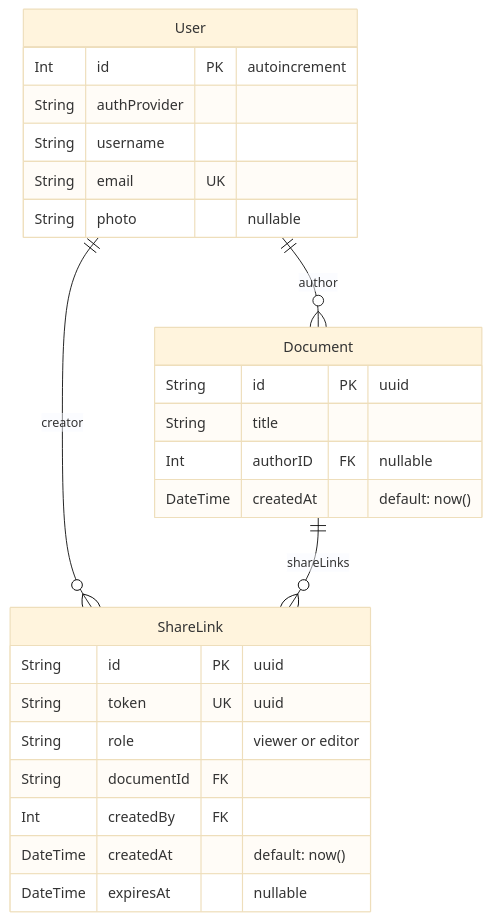
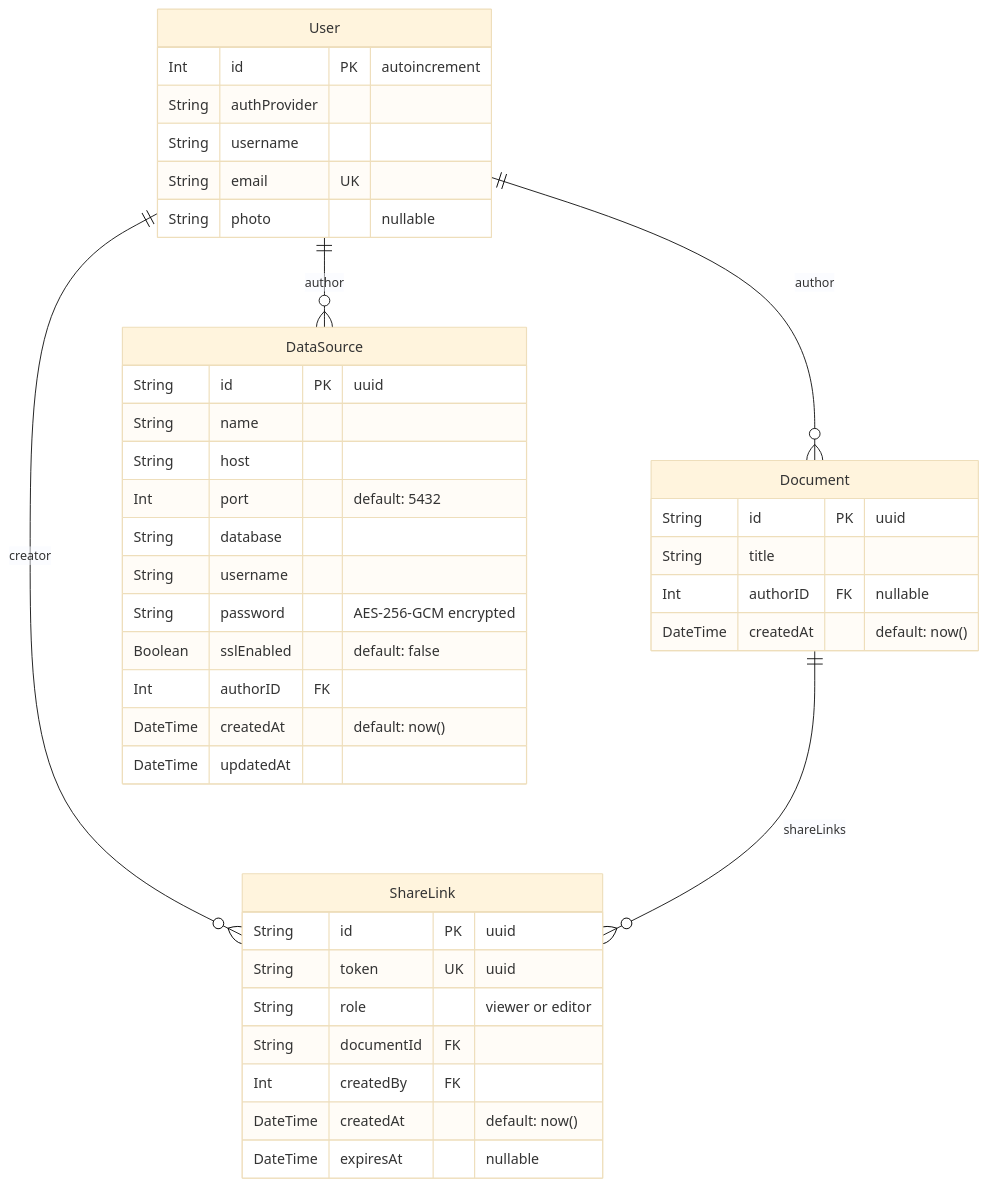
The second of 2 diagrams in design/backend.md (wafflebase/wafflebase), drawn with Mermaid (base theme) before and after one commit. The commit also changed other lines of this file and 32 other files, not shown here.

````diff
--- a/design/backend.md
+++ b/design/backend.md
@@ -186,28 +224,42 @@
 ```mermaid
 erDiagram
     User {
         Int id PK "autoincrement"
         String authProvider
         String username
         String email UK
         String photo "nullable"
     }
     Document {
         String id PK "uuid"
         String title
         Int authorID FK "nullable"
         DateTime createdAt "default: now()"
     }
     ShareLink {
         String id PK "uuid"
         String token UK "uuid"
         String role "viewer or editor"
         String documentId FK
         Int createdBy FK
         DateTime createdAt "default: now()"
         DateTime expiresAt "nullable"
     }
+    DataSource {
+        String id PK "uuid"
+        String name
+        String host
+        Int port "default: 5432"
+        String database
+        String username
+        String password "AES-256-GCM encrypted"
+        Boolean sslEnabled "default: false"
+        Int authorID FK
+        DateTime createdAt "default: now()"
+        DateTime updatedAt
+    }
     User ||--o{ Document : "author"
     User ||--o{ ShareLink : "creator"
+    User ||--o{ DataSource : "author"
     Document ||--o{ ShareLink : "shareLinks"
 ```
````
